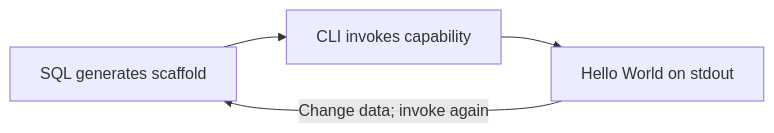
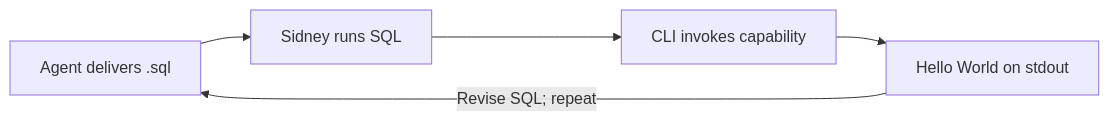
The diagram in docs/sql-cli-work-order-001.md (BPMSoftwareSolutions/sfx-embody), drawn with Mermaid before and after one commit. The commit also changed other lines of this file and 4 other files, not shown here.

````diff
--- a/docs/sql-cli-work-order-001.md
+++ b/docs/sql-cli-work-order-001.md
@@ -9,6 +9,7 @@
 ```mermaid
 flowchart LR
-    scaffold["SQL generates scaffold"] --> invoke["CLI invokes capability"]
+    sql["Agent delivers .sql"] --> scaffold["Sidney runs SQL"]
+    scaffold --> invoke["CLI invokes capability"]
     invoke --> output["Hello World on stdout"]
-    output -->|"Change data; invoke again"| scaffold
+    output -->|"Revise SQL; repeat"| sql
 ```
````
